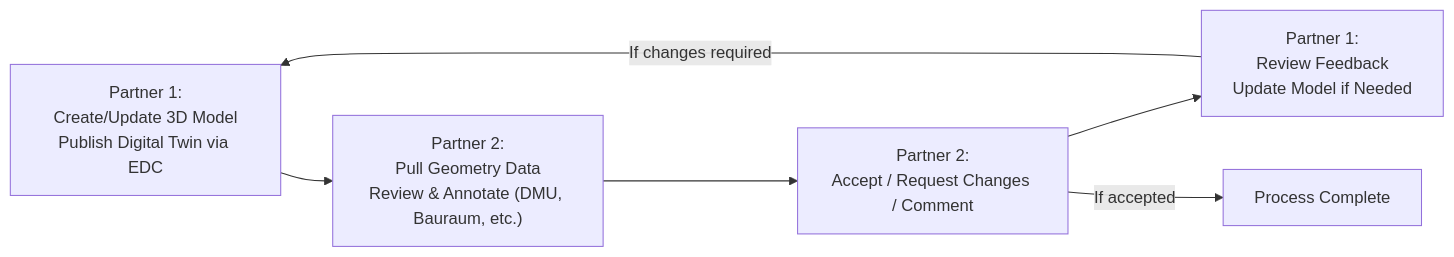
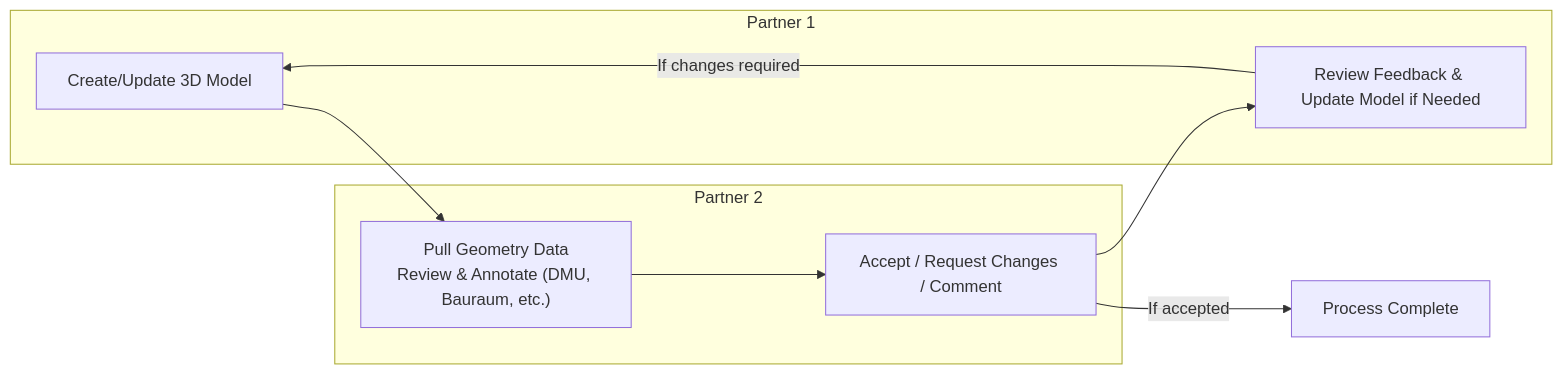
Before and after one commit to MartinEnders/eclipse-tractusx.github.io: the diagram in docs-kits/kits/geometry-kit/adoption-view.md, drawn with Mermaid. The commit also changed other lines of this file, not shown here.

Commit message:
added: Standard Reference; changed: User Journey Diagram

````diff
--- a/docs-kits/kits/geometry-kit/adoption-view.md
+++ b/docs-kits/kits/geometry-kit/adoption-view.md
@@ -186,13 +188,18 @@
 ```mermaid
 flowchart LR
-    A["Partner 1:<br/>Create/Update 3D Model<br/>Publish Digital Twin via EDC"]
-    B["Partner 2:<br/>Pull Geometry Data<br/>Review & Annotate (DMU, Bauraum, etc.)"]
-    C["Partner 2:<br/>Accept / Request Changes / Comment"]
-    D["Partner 1:<br/>Review Feedback<br/>Update Model if Needed"]
+	subgraph Partner_1 ["Partner 1"]
+		A["Create/Update 3D Model"]
+		D["Review Feedback & Update Model if Needed"]
+	end
 
-    A --> B
-    B --> C
-    C --> D
-    D -- "If changes required" --> A
-    C -- "If accepted" --> E["Process Complete"]
+	subgraph Partner_2 ["Partner 2"]
+		B["Pull Geometry Data<br/>Review & Annotate (DMU, Bauraum, etc.)"]
+		C["Accept / Request Changes / Comment"]
+	end
+
+	A --> B
+	B --> C
+	C --> D
+	D -- "If changes required" --> A
+	C -- "If accepted" --> E["Process Complete"]
 ```
````
